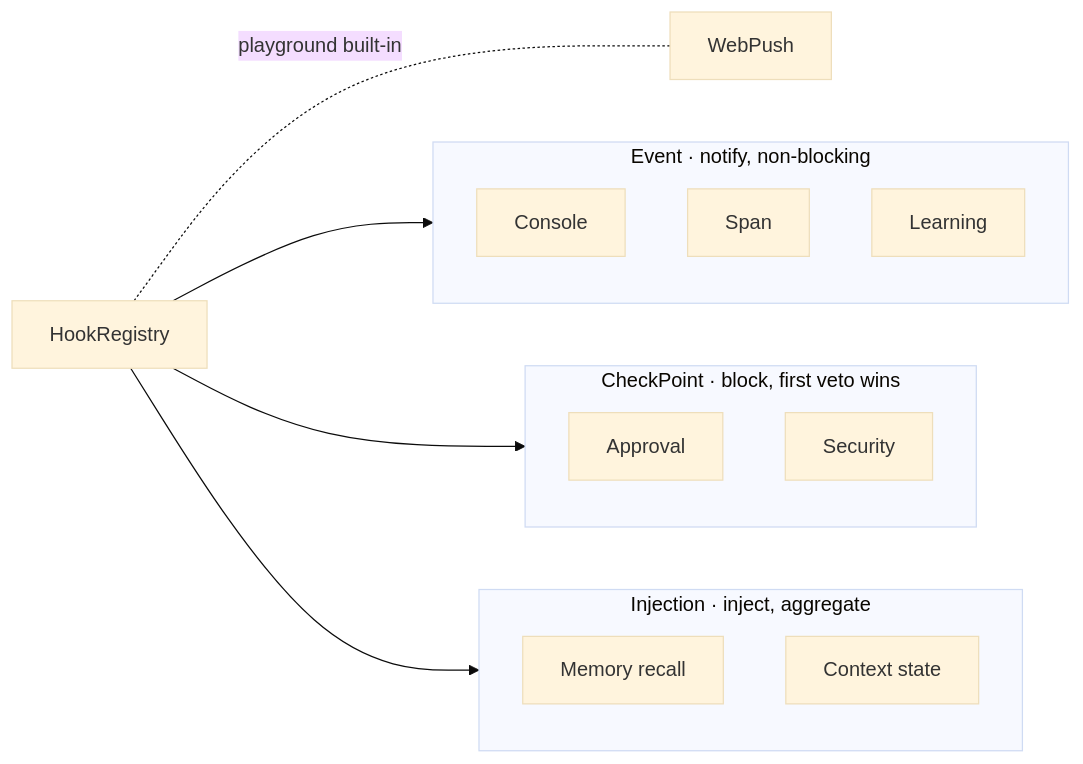
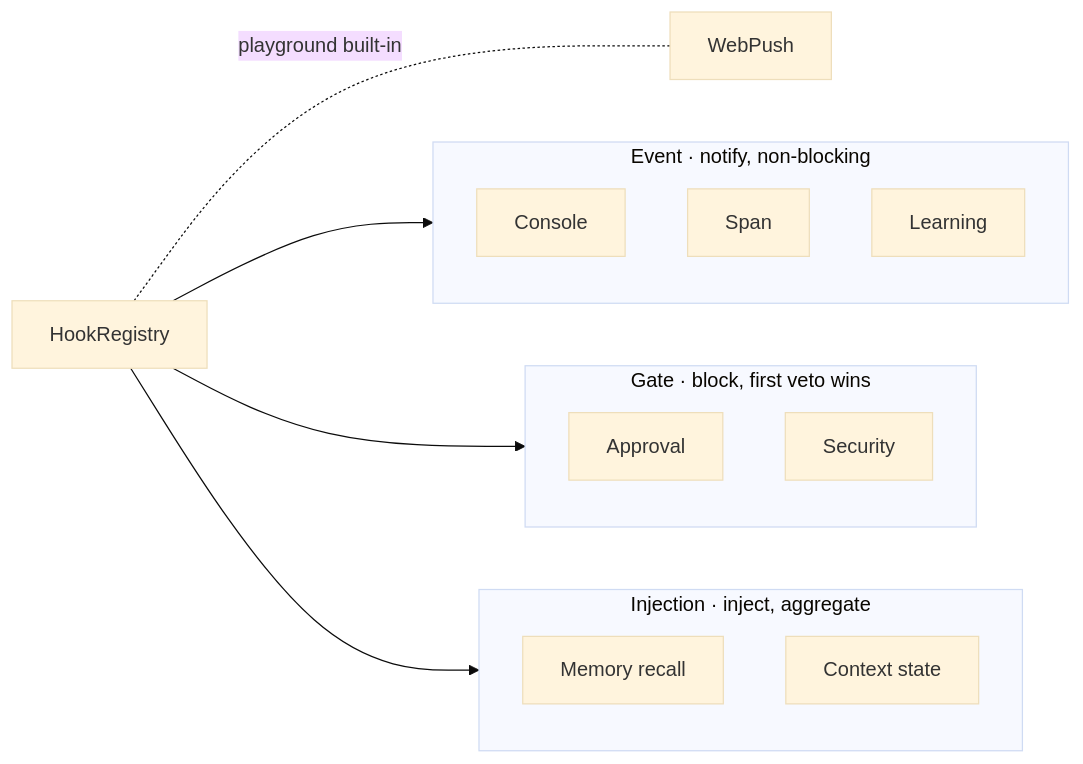
Before and after one commit to limenagent/prodagent: the second of 3 diagrams in README.en.md, drawn with Mermaid (base theme). The commit also changed other lines of this file and 192 other files, not shown here.

````diff
--- a/README.en.md
+++ b/README.en.md
@@ -214,24 +215,24 @@
 ```mermaid
 graph LR
     H[HookRegistry]
     H --> E
     H --> K
     H --> I
     H -.playground built-in.- WP[WebPush]
 
     subgraph E[Event · notify, non-blocking]
         C[Console]
         S[Span]
         LE[Learning]
     end
 
-    subgraph K[CheckPoint · block, first veto wins]
+    subgraph K[Gate · block, first veto wins]
         AP[Approval]
         SE[Security]
     end
 
     subgraph I[Injection · inject, aggregate]
         ME[Memory recall]
         CTX[Context state]
     end
 ```
````
